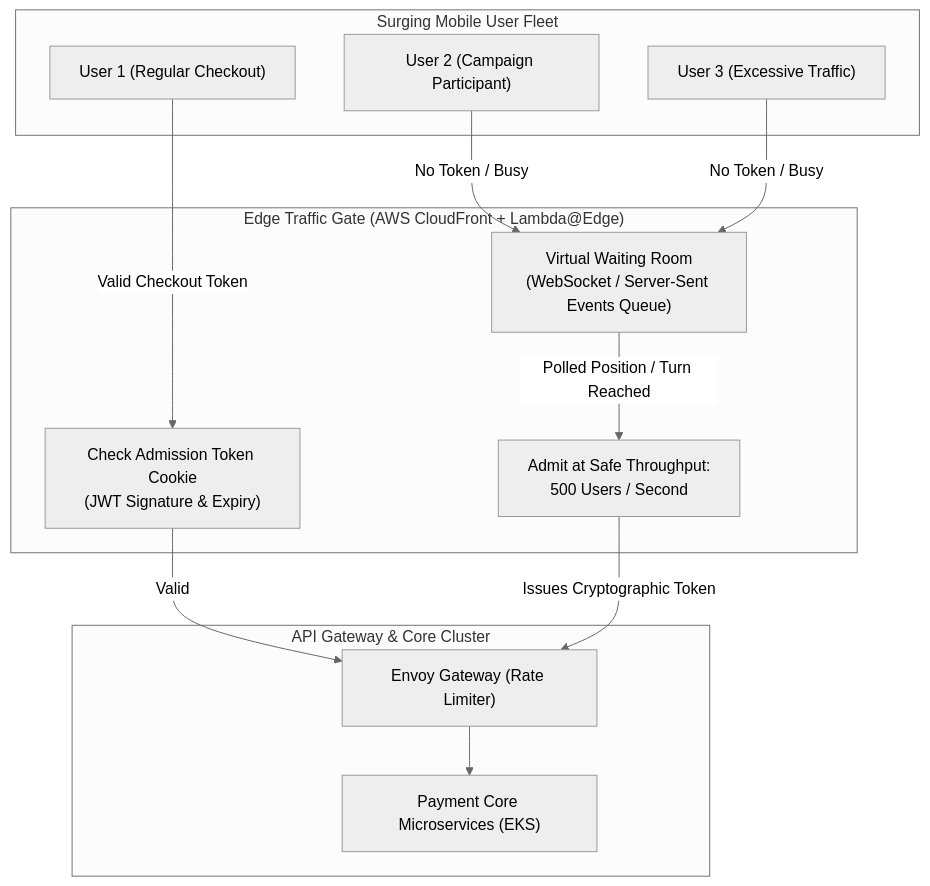
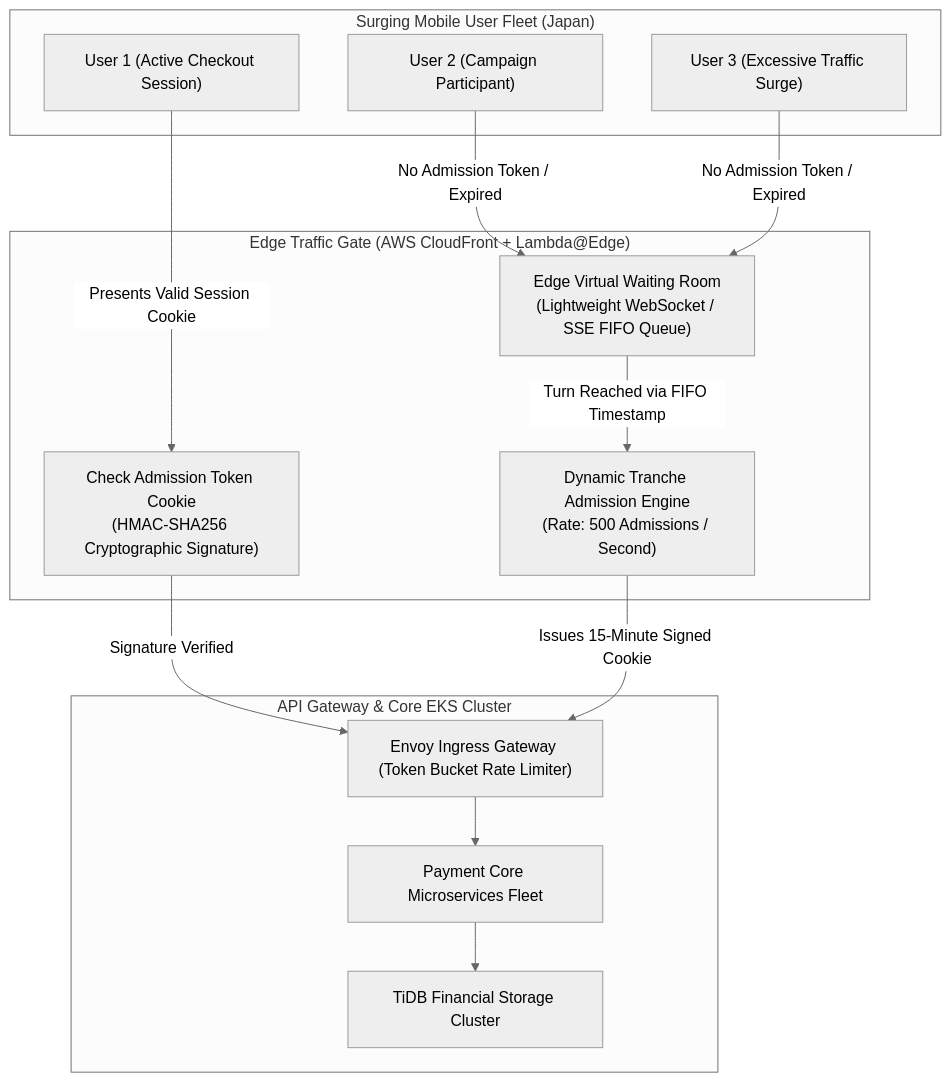
The first of 3 diagrams in content/series/paypay-architecture/part-5-campaign-architecture.md (vesviet/vesviet), drawn with Mermaid (neutral theme) before and after one commit. The commit also changed other lines of this file and 36 other files, not shown here.

Commit message:
feat(sprint-2): upgrade paypay and shopee architecture series to 2027 SOTA masterclass

````diff
--- a/content/series/paypay-architecture/part-5-campaign-architecture.md
+++ b/content/series/paypay-architecture/part-5-campaign-architecture.md
@@ -51,29 +67,31 @@
 ```mermaid
 flowchart TD
-    subgraph Users["Surging Mobile User Fleet"]
-        U1["User 1 (Regular Checkout)"]
+    subgraph Users["Surging Mobile User Fleet (Japan)"]
+        U1["User 1 (Active Checkout Session)"]
         U2["User 2 (Campaign Participant)"]
-        U3["User 3 (Excessive Traffic)"]
+        U3["User 3 (Excessive Traffic Surge)"]
     end
 
     subgraph EdgeLayer["Edge Traffic Gate (AWS CloudFront + Lambda@Edge)"]
-        CHECK["Check Admission Token Cookie<br/>(JWT Signature & Expiry)"]
-        QUEUE["Virtual Waiting Room<br/>(WebSocket / Server-Sent Events Queue)"]
-        ADMIT["Admit at Safe Throughput:<br/>500 Users / Second"]
+        CHECK["Check Admission Token Cookie<br/>(HMAC-SHA256 Cryptographic Signature)"]
+        QUEUE["Edge Virtual Waiting Room<br/>(Lightweight WebSocket / SSE FIFO Queue)"]
+        ADMIT["Dynamic Tranche Admission Engine<br/>(Rate: 500 Admissions / Second)"]
     end
 
-    subgraph GatewayTier["API Gateway & Core Cluster"]
-        GW["Envoy Gateway (Rate Limiter)"]
-        PAY_CORE["Payment Core Microservices (EKS)"]
+    subgraph GatewayTier["API Gateway & Core EKS Cluster"]
+        GW["Envoy Ingress Gateway (Token Bucket Rate Limiter)"]
+        PAY_CORE["Payment Core Microservices Fleet"]
+        TIDB["TiDB Financial Storage Cluster"]
     end
 
-    U1 -->|Valid Checkout Token| CHECK
-    U2 -->|No Token / Busy| QUEUE
-    U3 -->|No Token / Busy| QUEUE
+    U1 -->|Presents Valid Session Cookie| CHECK
+    U2 -->|No Admission Token / Expired| QUEUE
+    U3 -->|No Admission Token / Expired| QUEUE
 
-    CHECK -->|Valid| GW
-    QUEUE -->|Polled Position / Turn Reached| ADMIT
-    ADMIT -->|Issues Cryptographic Token| GW
+    CHECK -->|Signature Verified| GW
+    QUEUE -->|Turn Reached via FIFO Timestamp| ADMIT
+    ADMIT -->|Issues 15-Minute Signed Cookie| GW
 
     GW --> PAY_CORE
+    PAY_CORE --> TIDB
 ```
````
